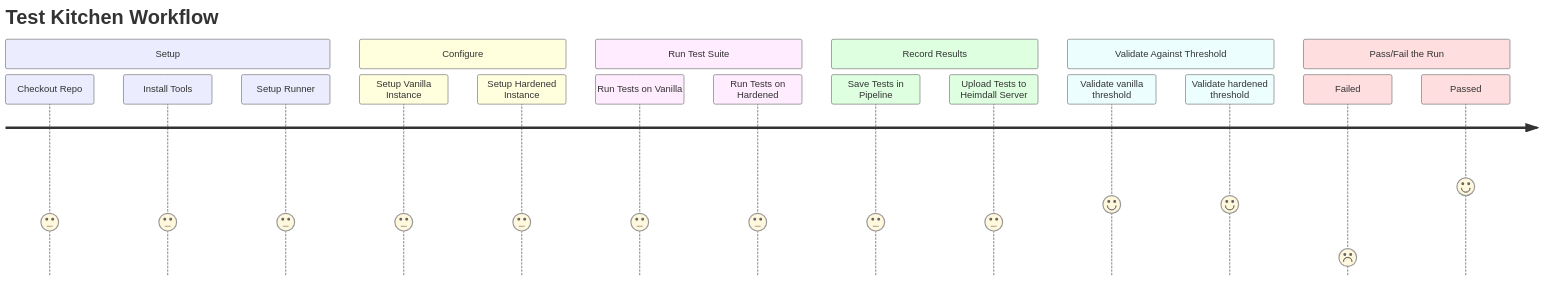
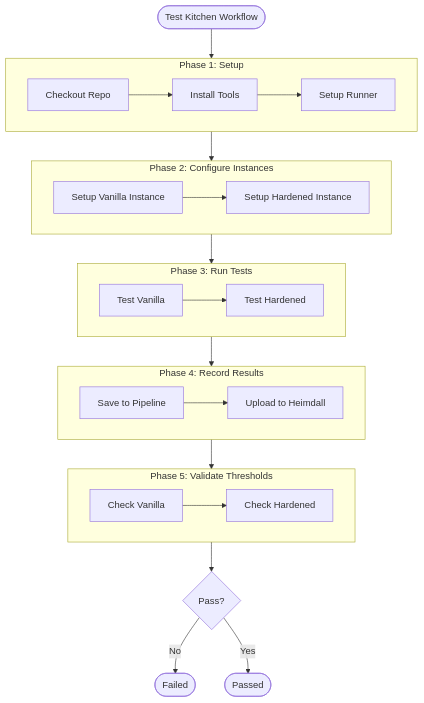
Before and after one commit to mitre/saf-training: the diagram in src/inspec-training/profile-development/15.md, drawn with Mermaid. The commit also changed 2 other files, not shown here.

Commit message:
refactor: improve mermaid diagrams for better readability
Simplify mermaid diagrams to use default themes for proper light/dark mode:
- Remove custom mermaid theme config - use defaults
- Beginner/10: Simplified overlay diagram (2 boxes, clear relationship)
- Profile-dev/15: Added subgraph grouping for workflow phases
  - 5 clear phases: Setup, Configure, Test, Record, Validate
  - Linear flow with decision point at end
  - Pass/Fail outcomes clearly marked

Diagrams now readable in both light and dark modes without custom styling.

Authored by: Aaron Lippold<lippold@gmail.com>

````diff
--- a/src/inspec-training/profile-development/15.md
+++ b/src/inspec-training/profile-development/15.md
@@ -57,23 +57,43 @@
 ```mermaid
-journey
-    title Test Kitchen Workflow
-    section Setup
-      Checkout Repo: 3
-      Install Tools: 3
-      Setup Runner: 3
-    section Configure
-      Setup Vanilla Instance: 3
-      Setup Hardened Instance: 3
-    section Run Test Suite
-      Run Tests on Vanilla: 3
-      Run Tests on Hardened: 3
-    section Record Results
-      Save Tests in Pipeline: 3
-      Upload Tests to Heimdall Server: 3
-    section Validate Against Threshold
-      Validate vanilla threshold: 4
-      Validate hardened threshold: 4
-    section Pass/Fail the Run
-      Failed: 1
-      Passed: 5
+flowchart TD
+    Start([Test Kitchen Workflow]) --> Setup
+
+    subgraph Setup["Phase 1: Setup"]
+        S1[Checkout Repo]
+        S2[Install Tools]
+        S3[Setup Runner]
+        S1 --> S2 --> S3
+    end
+
+    subgraph Configure["Phase 2: Configure Instances"]
+        C1[Setup Vanilla Instance]
+        C2[Setup Hardened Instance]
+        C1 --> C2
+    end
+
+    subgraph Test["Phase 3: Run Tests"]
+        T1[Test Vanilla]
+        T2[Test Hardened]
+        T1 --> T2
+    end
+
+    subgraph Record["Phase 4: Record Results"]
+        R1[Save to Pipeline]
+        R2[Upload to Heimdall]
+        R1 --> R2
+    end
+
+    subgraph Validate["Phase 5: Validate Thresholds"]
+        V1[Check Vanilla]
+        V2[Check Hardened]
+        V1 --> V2
+    end
+
+    Setup --> Configure
+    Configure --> Test
+    Test --> Record
+    Record --> Validate
+    Validate --> Decision{Pass?}
+    Decision -->|No| Failed([Failed])
+    Decision -->|Yes| Passed([Passed])
 ```
````
